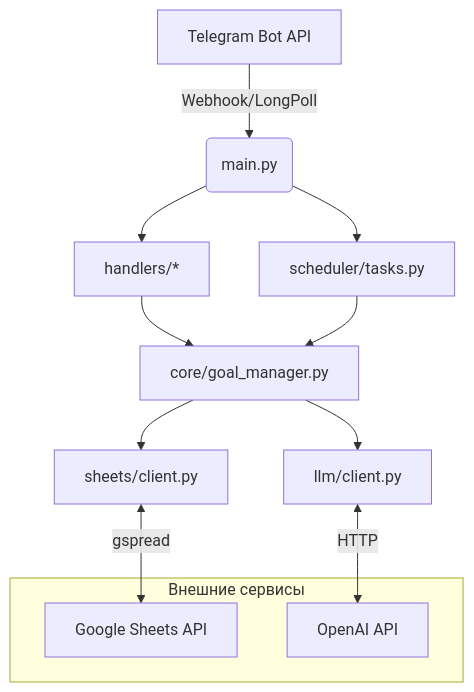
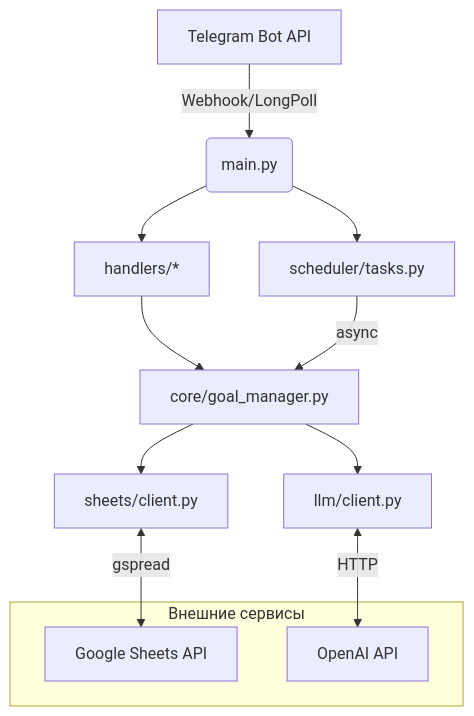
One commit to bivlked/target-assistant-bot changed the diagram in docs/architecture.md. Above: the diagram before and after it, drawn with Mermaid. The commit also changed other lines of this file, not shown here.

Commit message:
docs(changelog,architecture): add v1.2 entry and async scheduler updates

````diff
--- a/docs/architecture.md
+++ b/docs/architecture.md
@@ -3,16 +3,16 @@
 ```mermaid
 graph TD
     A[Telegram Bot API] -->|Webhook/LongPoll| B(main.py)
     B --> C[handlers/*]
     C --> D[core/goal_manager.py]
     D --> E[sheets/client.py]
     D --> F[llm/client.py]
     B --> G[scheduler/tasks.py]
-    G --> D
+    G -->|async| D
     subgraph Внешние сервисы
         H[Google Sheets API]
         I[OpenAI API]
     end
     E <-->|gspread| H
     F <-->|HTTP| I
 ```
````
